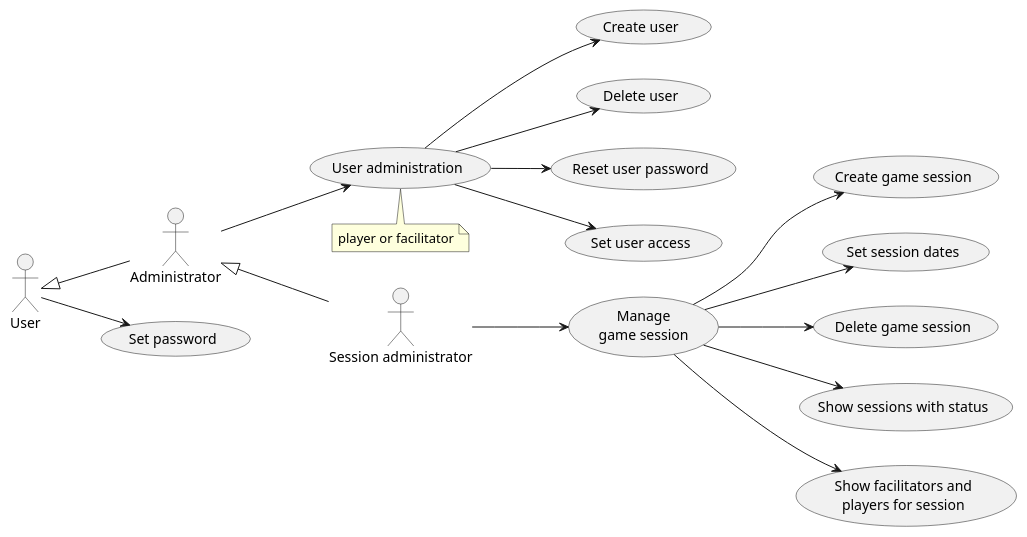
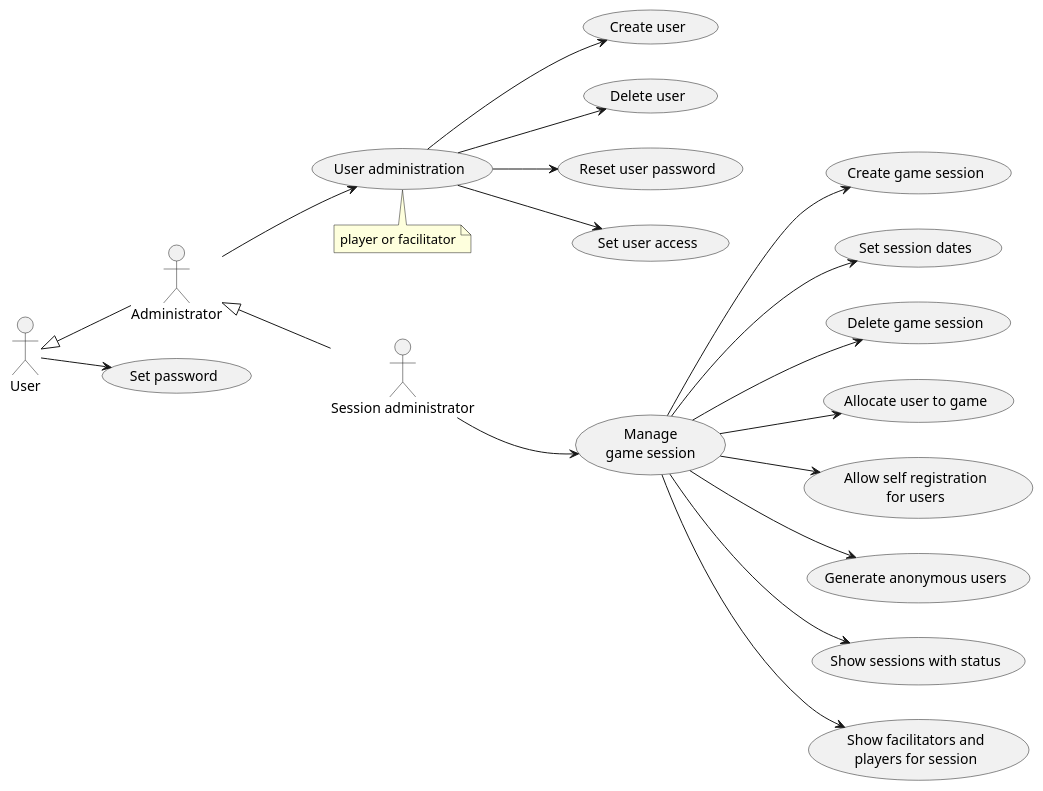
The diagram in doc/1-use-cases/diagrams/session-administration.puml (averbraeck/gscg-design), drawn with PlantUML before and after one commit. The commit also changed 2 other files, not shown here.

Commit message:
Issue #9. Registration for game sessions

```diff
--- a/doc/1-use-cases/diagrams/session-administration.puml
+++ b/doc/1-use-cases/diagrams/session-administration.puml
@@ -1,28 +1,31 @@
 @startuml
 left to right direction
  
 "Session administrator" as SA
 User <|-- Administrator
 Administrator <|-- SA
 
 User --> (Set password)
 
 Administrator --> (User administration)
 note bottom
   player or facilitator
 end note
 
 (User administration) --> (Create user)
 (User administration) --> (Delete user)
 (User administration) --> (Reset user password)
 (User administration) --> (Set user access)
 
 "Manage\ngame session" as (Manage)
-SA --> Manage
+SA --> Manage : "\n\n\n\n\n\n\n\n\n\n"
 Manage --> (Create game session)
 Manage --> (Set session dates)
 Manage --> (Delete game session)
+Manage --> (Allocate user to game)
+Manage --> (Allow self registration\nfor users)
+Manage --> (Generate anonymous users)
 Manage --> (Show sessions with status)
 Manage --> (Show facilitators and\nplayers for session)
 
 @enduml
```
